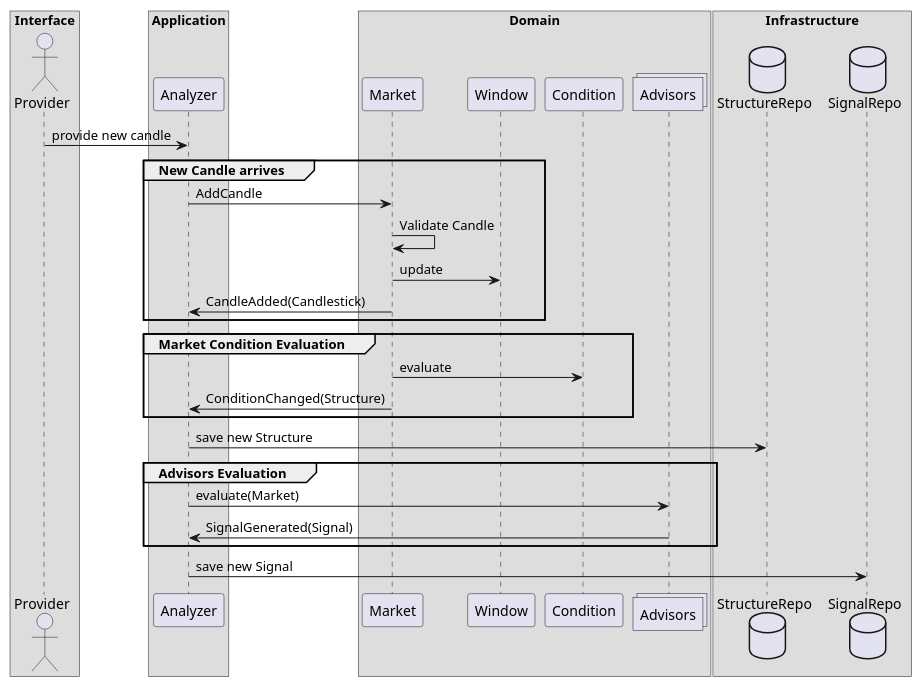
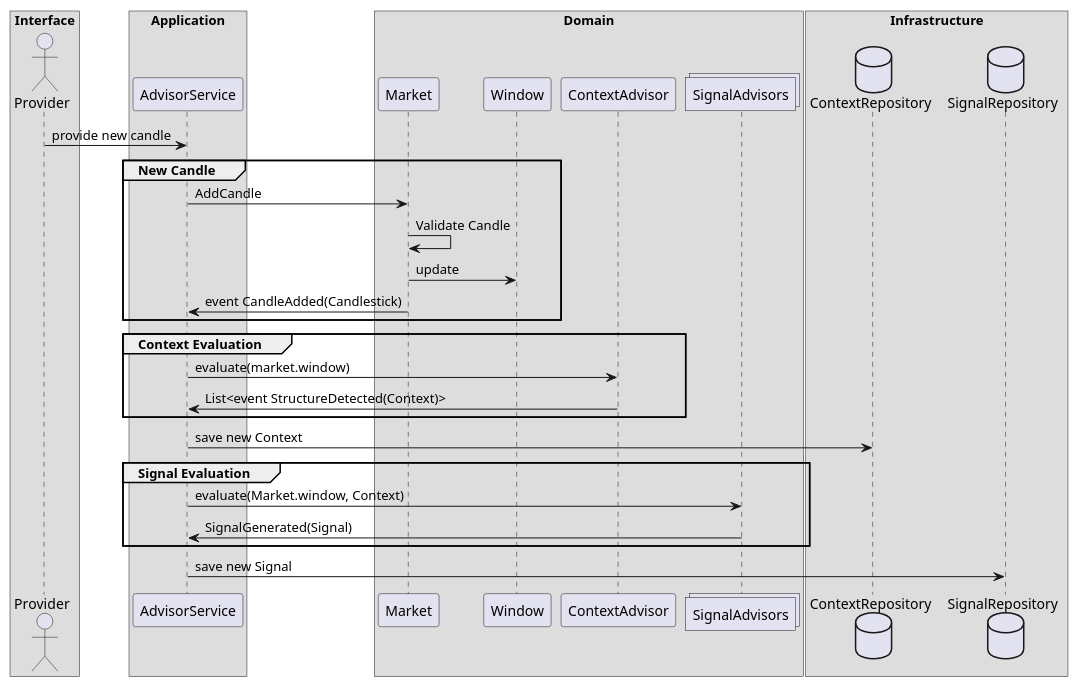
The diagram in docs/sequence.puml (alngo/Patseeker), drawn with PlantUML before and after one commit. The commit also changed other lines of this file and 2 other files, not shown here.

Commit message:
Update docs sequence

```diff
--- a/docs/sequence.puml
+++ b/docs/sequence.puml
@@ -1,38 +1,38 @@
 @startuml
 
 box "Interface"
 actor Provider
 end box
 box "Application"
-participant Analyzer
+participant AdvisorService
 end box
 box "Domain"
 participant Market
 participant Window
-participant Condition
-collections Advisors
+participant ContextAdvisor
+collections SignalAdvisors
 end box
 box "Infrastructure"
-database StructureRepo
-database SignalRepo
+database ContextRepository
+database SignalRepository
 end box
 
-Provider -> Analyzer: provide new candle
-group New Candle arrives
-Analyzer -> Market: AddCandle
+Provider -> AdvisorService: provide new candle
+group New Candle
+AdvisorService -> Market: AddCandle
 Market -> Market: Validate Candle
 Market -> Window: update
-Market -> Analyzer: CandleAdded(Candlestick)
+Market -> AdvisorService: event CandleAdded(Candlestick)
 end
-group Market Condition Evaluation
-Market -> Condition: evaluate
-Market -> Analyzer: ConditionChanged(Structure)
+group Context Evaluation
+AdvisorService -> ContextAdvisor: evaluate(market.window)
+ContextAdvisor -> AdvisorService: List<event StructureDetected(Context)>
 end
-Analyzer -> StructureRepo: save new Structure
-group Advisors Evaluation
-Analyzer -> Advisors: evaluate(Market)
-Advisors -> Analyzer: SignalGenerated(Signal)
+AdvisorService -> ContextRepository: save new Context
+group Signal Evaluation
+AdvisorService -> SignalAdvisors: evaluate(Market.window, Context)
+SignalAdvisors -> AdvisorService: SignalGenerated(Signal)
 end
-Analyzer -> SignalRepo: save new Signal
+AdvisorService -> SignalRepository: save new Signal
 
 @enduml
```
